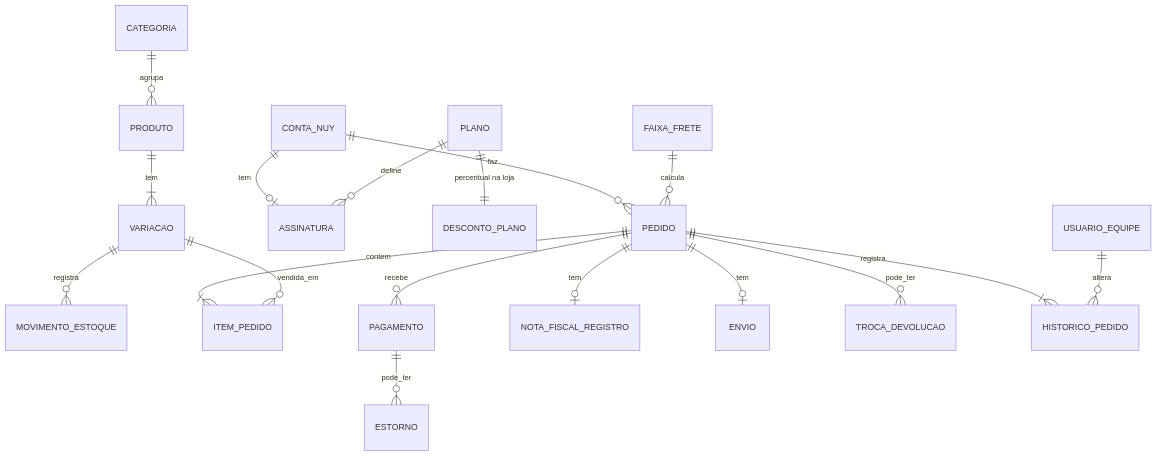
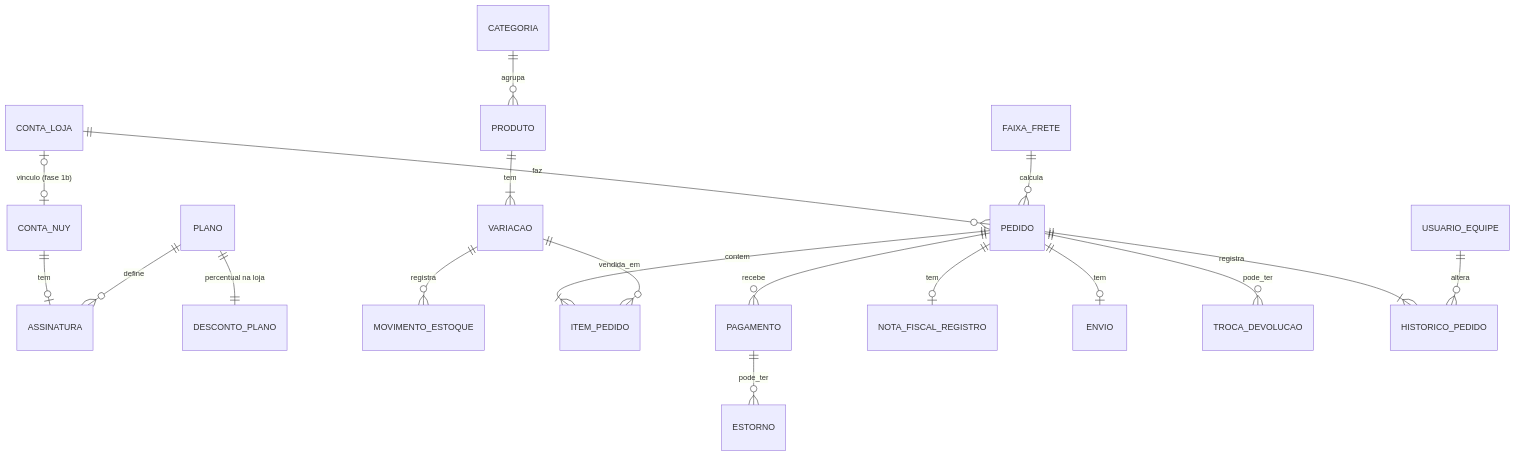
One commit to igordimarine-sys/nuyvi changed the first of 3 diagrams in docs/specs/loja.md. Above: the diagram before and after it, drawn with Mermaid. The commit also changed other lines of this file and 6 other files, not shown here.

````diff
--- a/docs/specs/loja.md
+++ b/docs/specs/loja.md
@@ -313,20 +337,21 @@
 ```mermaid
 erDiagram
-  CONTA_NUY ||--o{ PEDIDO : faz
+  CONTA_LOJA ||--o{ PEDIDO : faz
+  CONTA_LOJA |o--o| CONTA_NUY : "vinculo (fase 1b)"
   CONTA_NUY ||--o| ASSINATURA : tem
   PLANO ||--o{ ASSINATURA : define
   PLANO ||--|| DESCONTO_PLANO : "percentual na loja"
   CATEGORIA ||--o{ PRODUTO : agrupa
   PRODUTO ||--|{ VARIACAO : tem
   VARIACAO ||--o{ MOVIMENTO_ESTOQUE : registra
   PEDIDO ||--|{ ITEM_PEDIDO : contem
   VARIACAO ||--o{ ITEM_PEDIDO : vendida_em
   PEDIDO ||--o{ PAGAMENTO : recebe
   PAGAMENTO ||--o{ ESTORNO : pode_ter
   PEDIDO ||--o| NOTA_FISCAL_REGISTRO : tem
   PEDIDO ||--o| ENVIO : tem
   PEDIDO ||--o{ TROCA_DEVOLUCAO : pode_ter
   PEDIDO ||--|{ HISTORICO_PEDIDO : registra
   FAIXA_FRETE ||--o{ PEDIDO : calcula
   USUARIO_EQUIPE ||--o{ HISTORICO_PEDIDO : altera
 ```
````
